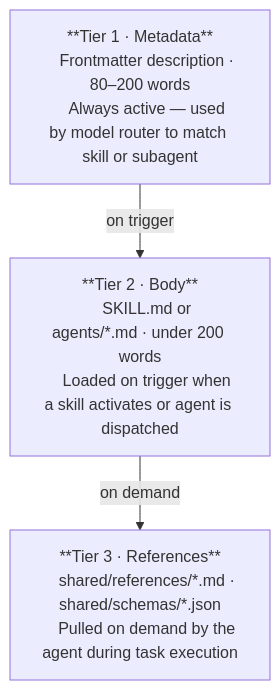
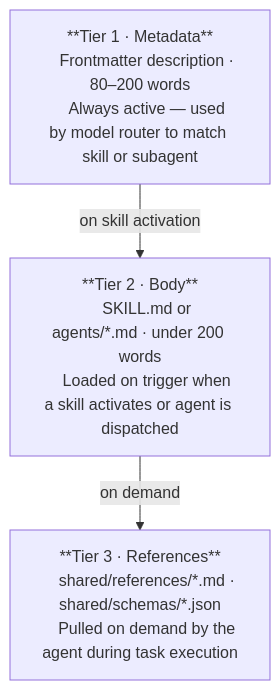
The first of 4 diagrams in ARCHITECTURE.md (orin-dx/agent-plugins), drawn with Mermaid before and after one commit. The commit also changed other lines of this file and 11 other files, not shown here.

````diff
--- a/ARCHITECTURE.md
+++ b/ARCHITECTURE.md
@@ -11,17 +11,17 @@
 ```mermaid
 flowchart TD
     T1["**Tier 1 · Metadata**
     Frontmatter description · 80–200 words
     Always active — used by model router to match skill or subagent"]
 
     T2["**Tier 2 · Body**
     SKILL.md or agents/*.md · under 200 words
     Loaded on trigger when a skill activates or agent is dispatched"]
 
     T3["**Tier 3 · References**
     shared/references/*.md · shared/schemas/*.json
     Pulled on demand by the agent during task execution"]
 
-    T1 -->|on trigger| T2
+    T1 -->|on skill activation| T2
     T2 -->|on demand| T3
 ```
````
